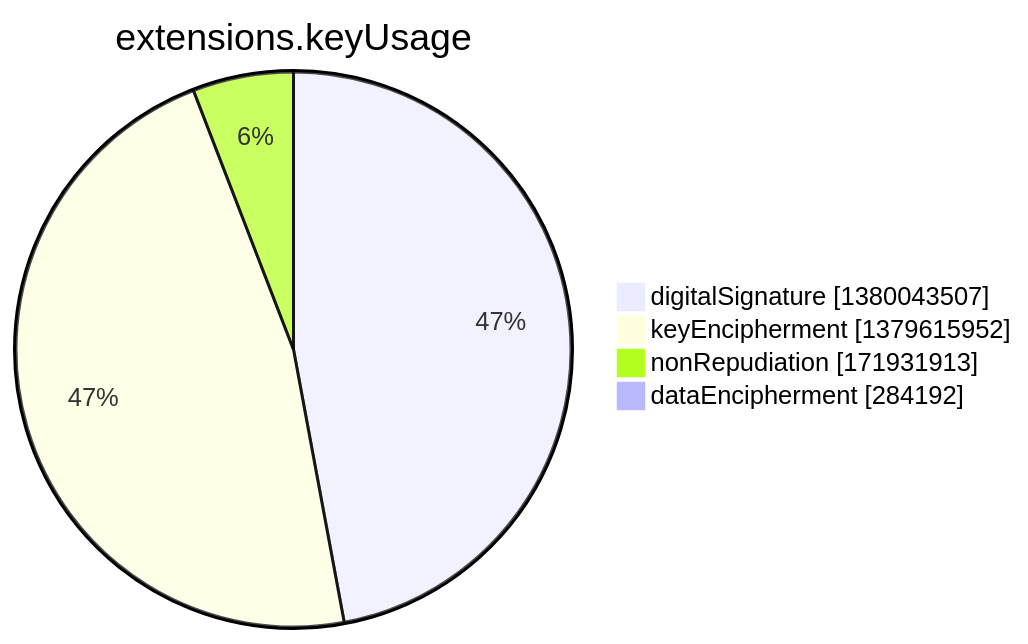
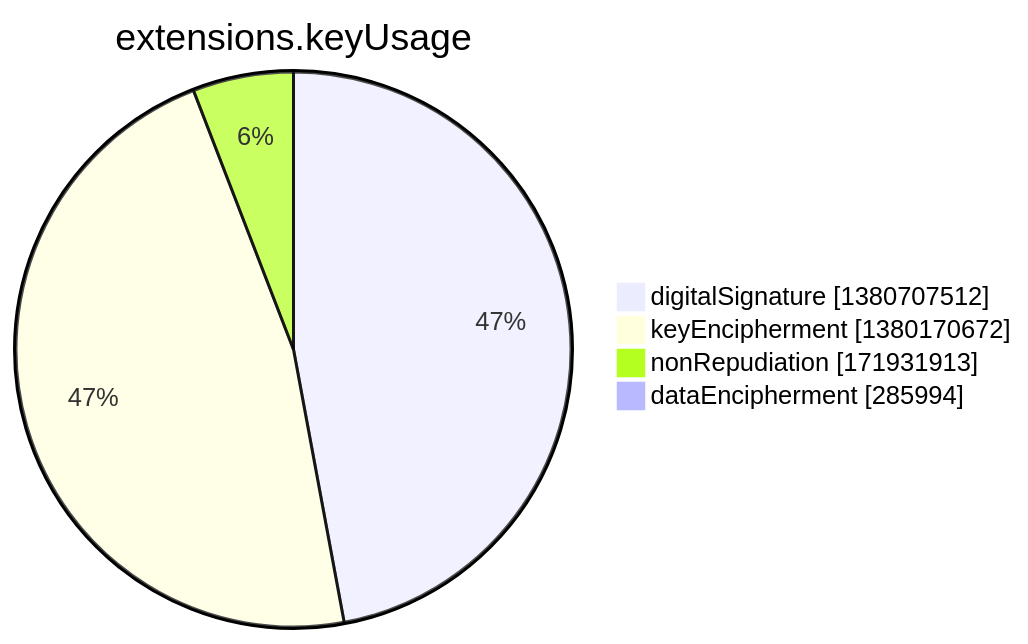
The seventh of 15 diagrams in argon2022/README.md (christiankrug/ctmonitor_visualization), drawn with Mermaid before and after one commit. The commit also changed other lines of this file, not shown here.

````diff
--- a/argon2022/README.md
+++ b/argon2022/README.md
@@ -2751,8 +2751,8 @@
 ```mermaid
 pie showData
 title extensions.keyUsage
-"digitalSignature" :1380043507
-"keyEncipherment" :1379615952
+"digitalSignature" :1380707512
+"keyEncipherment" :1380170672
 "nonRepudiation" :171931913
-"dataEncipherment" :284192
+"dataEncipherment" :285994
 ```
````
